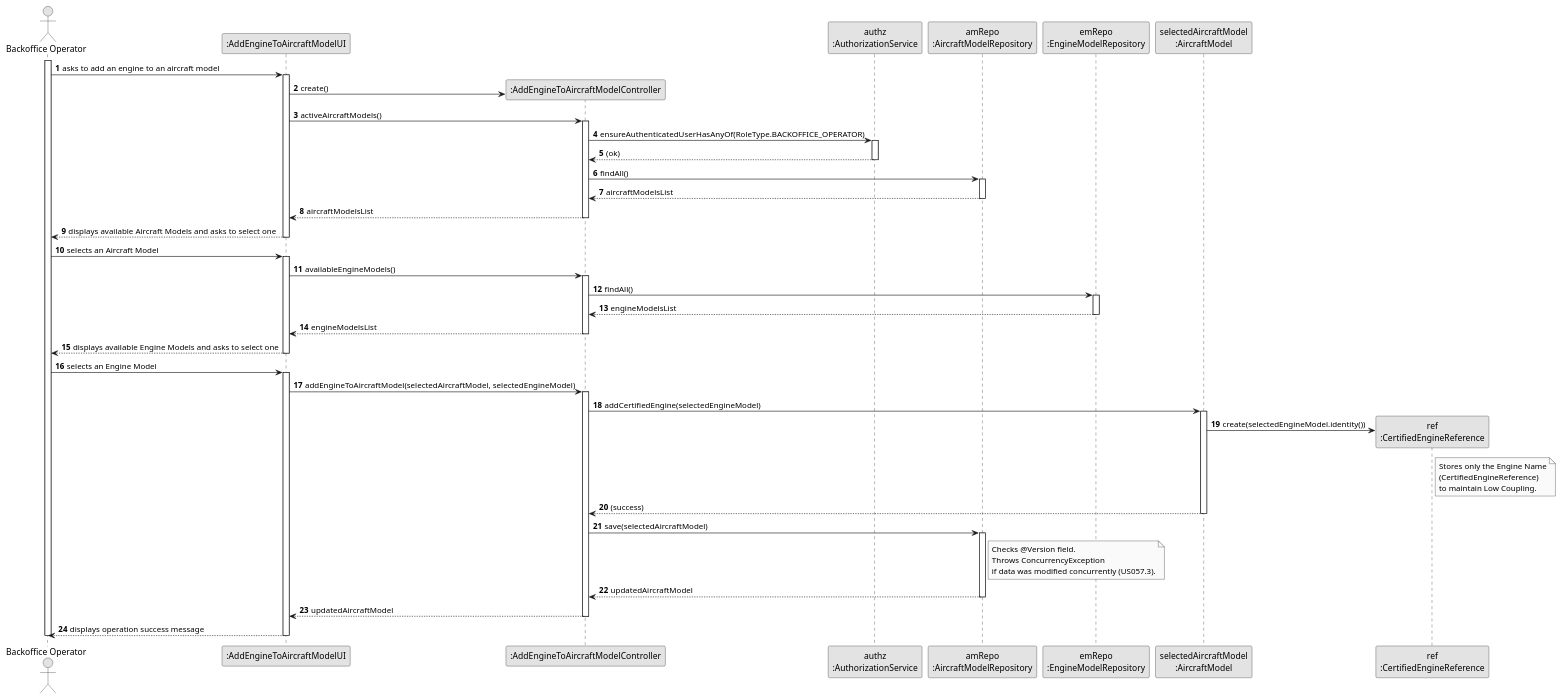
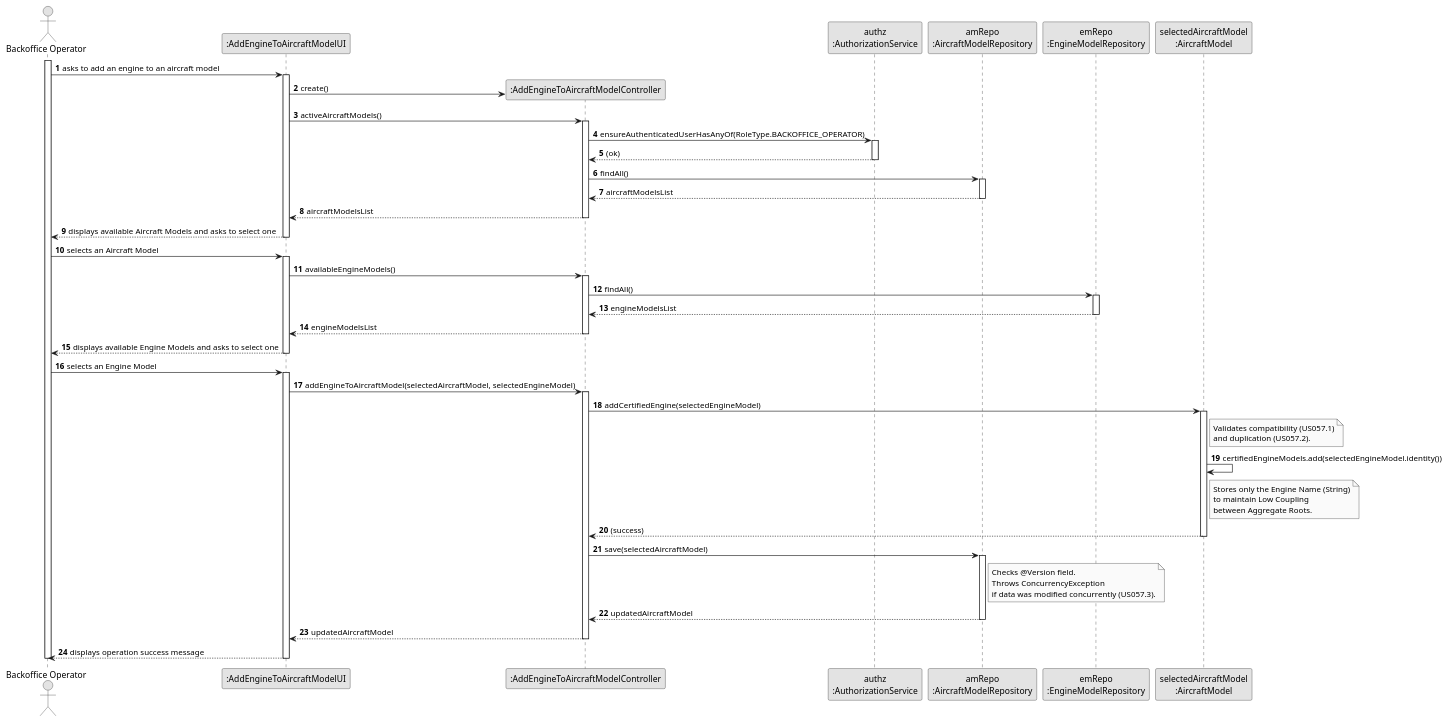
One commit to brunodspinto/aisafe changed the diagram in aisafe.base/docs/user-stories/us057/puml/US057-SD.puml. Above: the diagram before and after it, drawn with PlantUML. The commit also changed 4 other files, not shown here.

Commit message:
#28 Refine US057 class diagrams and update README for engine validation logic

```diff
--- a/aisafe.base/docs/user-stories/us057/puml/US057-SD.puml
+++ b/aisafe.base/docs/user-stories/us057/puml/US057-SD.puml
@@ -1,93 +1,89 @@
 @startuml
 skinparam monochrome true
 skinparam packageStyle rectangle
 skinparam shadowing false
 
 autonumber
 actor "Backoffice Operator" as BOP
 
 participant ":AddEngineToAircraftModelUI" as UI
 participant ":AddEngineToAircraftModelController" as CTRL
 participant "authz\n:AuthorizationService" as AUTHZ
 participant "amRepo\n:AircraftModelRepository" as AMREPO
 participant "emRepo\n:EngineModelRepository" as EMREPO
 participant "selectedAircraftModel\n:AircraftModel" as AM
-participant "ref\n:CertifiedEngineReference" as REF
 
 activate BOP
 BOP -> UI : asks to add an engine to an aircraft model
 activate UI
 
-' Obter a lista de Aircraft Models
 UI -> CTRL** : create()
 UI -> CTRL : activeAircraftModels()
 activate CTRL
 
-' Validação de Segurança (NFR09)
 CTRL -> AUTHZ : ensureAuthenticatedUserHasAnyOf(RoleType.BACKOFFICE_OPERATOR)
 activate AUTHZ
 AUTHZ --> CTRL : (ok)
 deactivate AUTHZ
 
 CTRL -> AMREPO : findAll()
 activate AMREPO
 AMREPO --> CTRL : aircraftModelsList
 deactivate AMREPO
 
 CTRL --> UI : aircraftModelsList
 deactivate CTRL
 
 UI --> BOP : displays available Aircraft Models and asks to select one
 deactivate UI
 
 BOP -> UI : selects an Aircraft Model
 activate UI
 
-' Obter a lista de Engine Models
 UI -> CTRL : availableEngineModels()
 activate CTRL
 
 CTRL -> EMREPO : findAll()
 activate EMREPO
 EMREPO --> CTRL : engineModelsList
 deactivate EMREPO
 
 CTRL --> UI : engineModelsList
 deactivate CTRL
 
 UI --> BOP : displays available Engine Models and asks to select one
 deactivate UI
 
 BOP -> UI : selects an Engine Model
 activate UI
 
-' Execução da adição
 UI -> CTRL : addEngineToAircraftModel(selectedAircraftModel, selectedEngineModel)
 activate CTRL
 
-' O Aggregate Root valida as regras de negócio
+
 CTRL -> AM : addCertifiedEngine(selectedEngineModel)
 activate AM
 
-' Instanciação explícita do Value Object definido no Class Diagram
-AM -> REF** : create(selectedEngineModel.identity())
-note right of REF: Stores only the Engine Name\n(CertifiedEngineReference)\nto maintain Low Coupling.
+note right of AM: Validates compatibility (US057.1)\nand duplication (US057.2).
+
+AM -> AM : certifiedEngineModels.add(selectedEngineModel.identity())
+note right of AM: Stores only the Engine Name (String)\nto maintain Low Coupling\nbetween Aggregate Roots.
 
 AM --> CTRL : (success)
 deactivate AM
 
-' Gravação com Optimistic Locking
+
 CTRL -> AMREPO : save(selectedAircraftModel)
 activate AMREPO
 note right of AMREPO: Checks @Version field.\nThrows ConcurrencyException\nif data was modified concurrently (US057.3).
 AMREPO --> CTRL : updatedAircraftModel
 deactivate AMREPO
 
 CTRL --> UI : updatedAircraftModel
 deactivate CTRL
 
 UI --> BOP : displays operation success message
 deactivate UI
 deactivate BOP
 
 @enduml
```
